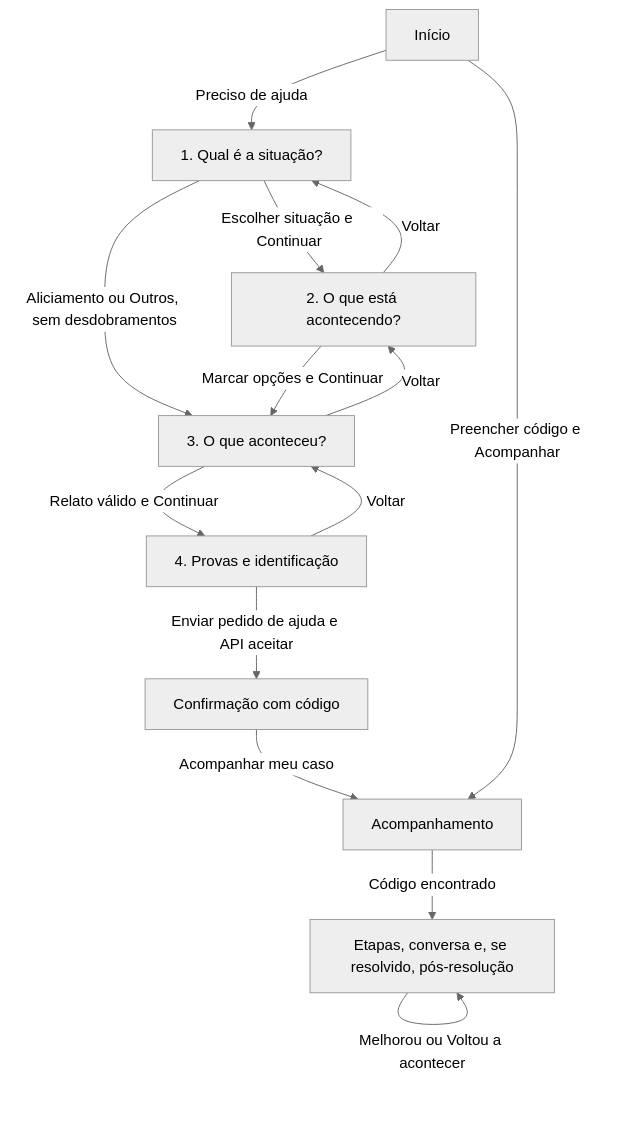
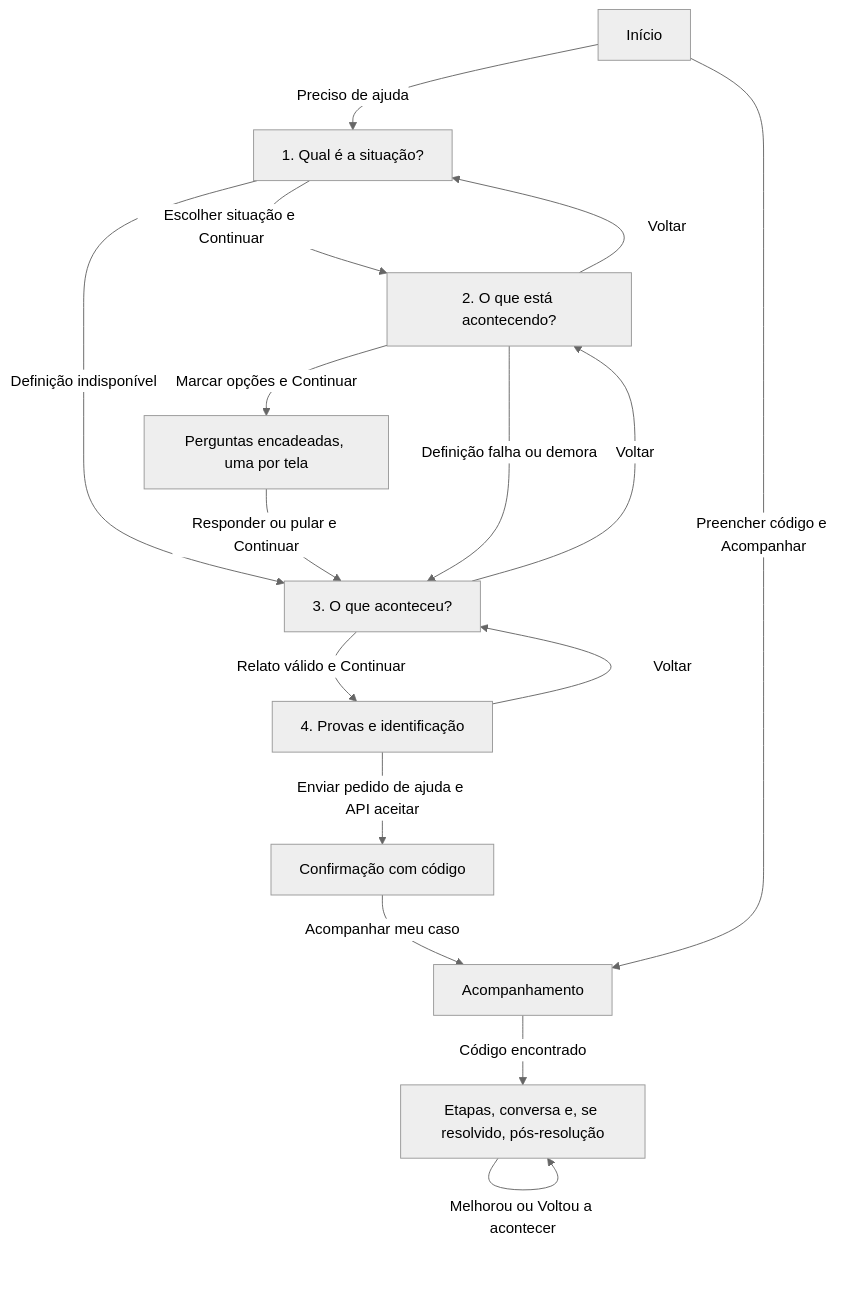
One commit to iarlleidavi09-debug/seguranca-integral changed the first of 2 diagrams in frontend/docs/MAPA-INTERFACES.md. Above: the diagram before and after it, drawn with Mermaid (neutral theme). The commit also changed other lines of this file and 4 other files, not shown here.

````diff
--- a/frontend/docs/MAPA-INTERFACES.md
+++ b/frontend/docs/MAPA-INTERFACES.md
@@ -20,16 +20,18 @@
 ```mermaid
 flowchart TD
   A[Início] -->|Preciso de ajuda| B[1. Qual é a situação?]
   B -->|Escolher situação e Continuar| C[2. O que está acontecendo?]
-  B -->|Aliciamento ou Outros, sem desdobramentos| D[3. O que aconteceu?]
-  C -->|Marcar opções e Continuar| D
+  B -->|Definição indisponível| D[3. O que aconteceu?]
+  C -->|Marcar opções e Continuar| C2[Perguntas encadeadas, uma por tela]
+  C2 -->|Responder ou pular e Continuar| D
+  C -->|Definição falha ou demora| D
   D -->|Relato válido e Continuar| E[4. Provas e identificação]
   E -->|Enviar pedido de ajuda e API aceitar| F[Confirmação com código]
   F -->|Acompanhar meu caso| G[Acompanhamento]
   A -->|Preencher código e Acompanhar| G
   G -->|Código encontrado| H[Etapas, conversa e, se resolvido, pós-resolução]
   H -->|Melhorou ou Voltou a acontecer| H
   C -->|Voltar| B
   D -->|Voltar| C
   E -->|Voltar| D
 ```
````
